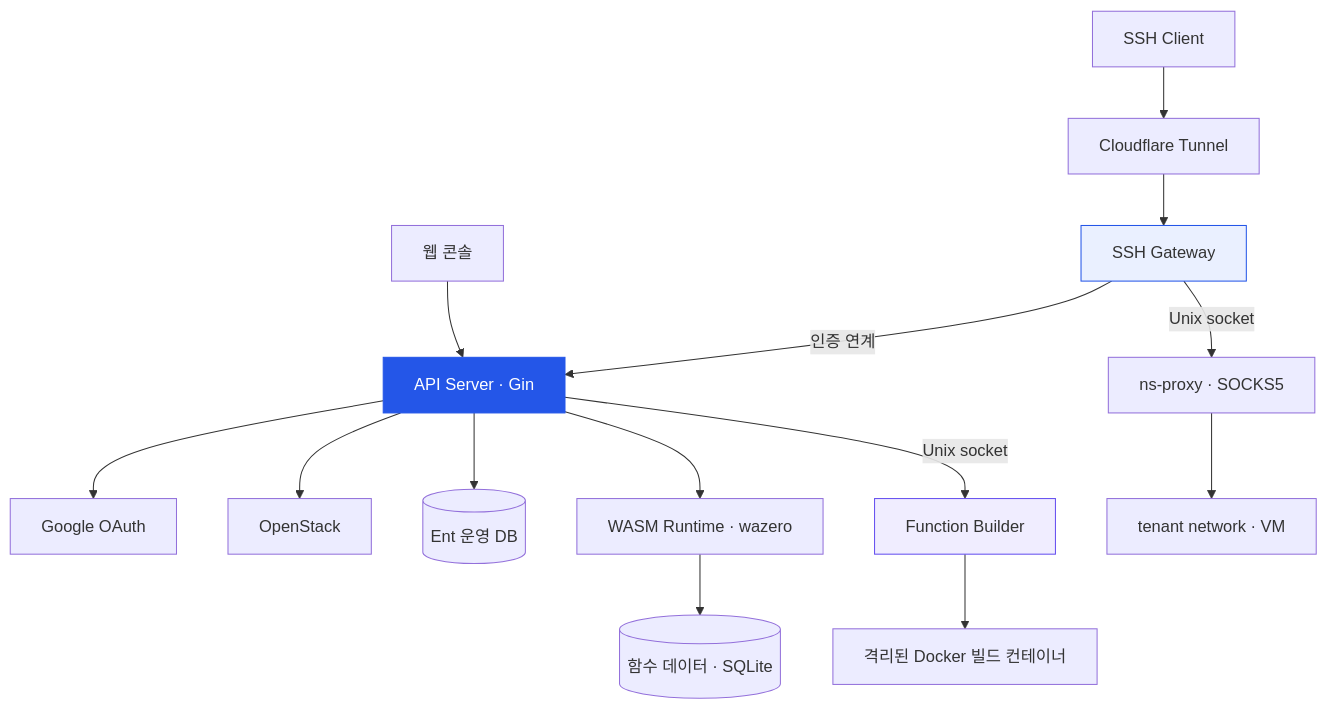
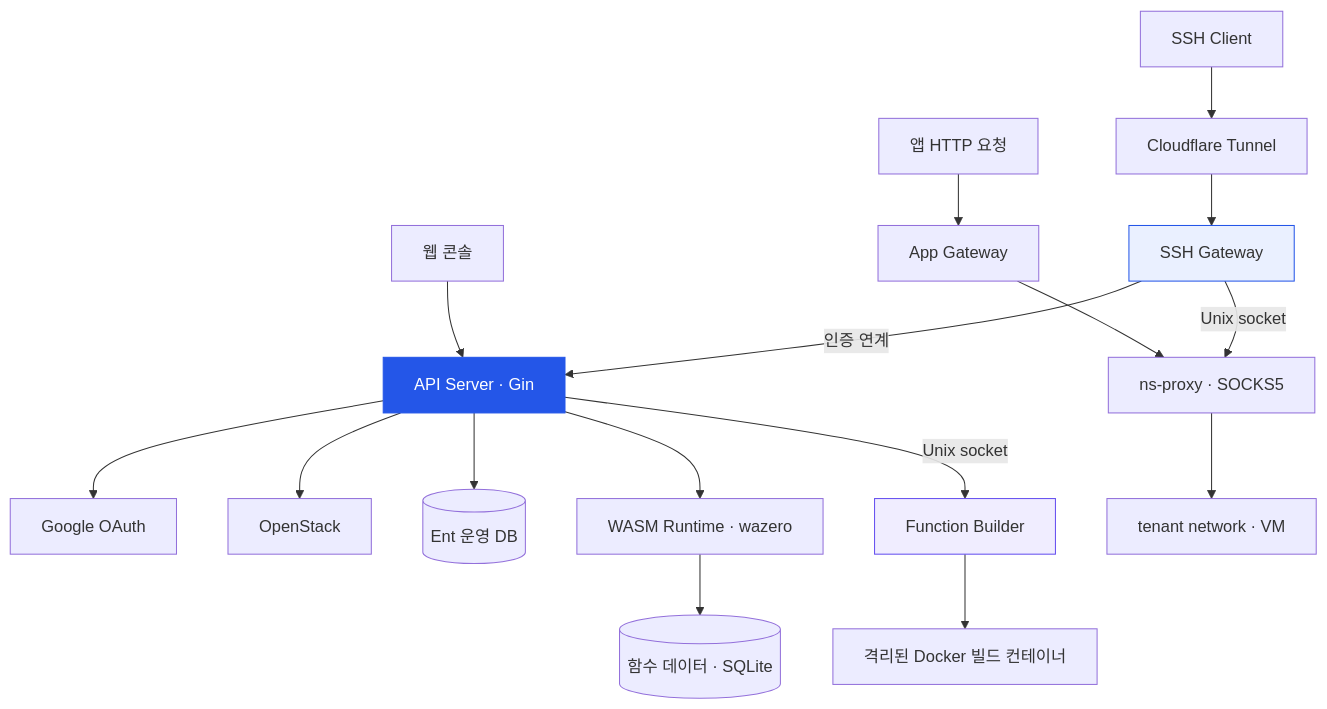
The third of 3 diagrams in README.md (KHU-RETURN/rcp-server), drawn with Mermaid before and after one commit. The commit also changed other lines of this file, not shown here.

Commit message:
docs: include application gateway in platform overview

````diff
--- a/README.md
+++ b/README.md
@@ -113,19 +113,21 @@
 ```mermaid
 flowchart TB
     WEB[웹 콘솔] --> API[API Server · Gin]
     API --> AUTH[Google OAuth]
     API --> OS[OpenStack]
     API --> META[(Ent 운영 DB)]
     API --> WASM[WASM Runtime · wazero]
     WASM --> DATA[(함수 데이터 · SQLite)]
     API -->|Unix socket| BUILD[Function Builder]
     BUILD --> BOX[격리된 Docker 빌드 컨테이너]
+    HTTP[앱 HTTP 요청] --> APP[App Gateway]
+    APP --> NS
     CLI[SSH Client] --> TUNNEL[Cloudflare Tunnel]
     TUNNEL --> GW[SSH Gateway]
     GW -->|인증 연계| API
     GW -->|Unix socket| NS[ns-proxy · SOCKS5]
     NS --> NET[tenant network · VM]
     style API fill:#2456e8,color:#fff,stroke:#2456e8
     style GW fill:#eaf0ff,stroke:#2456e8
     style BUILD fill:#f0edff,stroke:#654ff0
 ```
````
